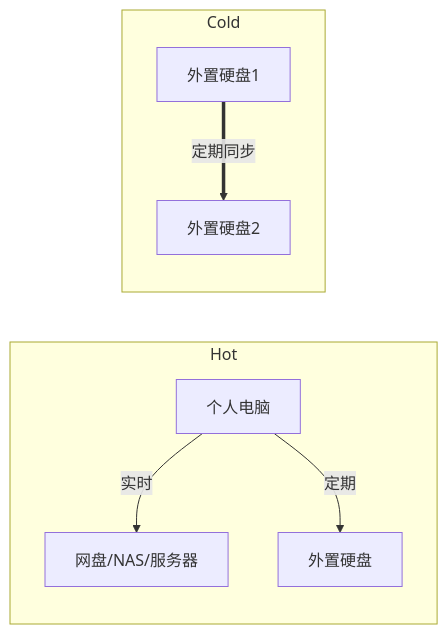
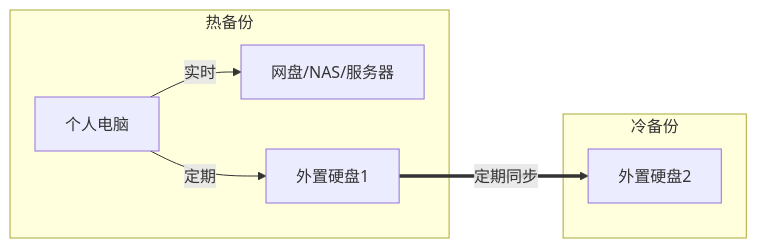
Before and after one commit to wow-yes/blog: the diagram in 04-软件使用/_posts/2019-11-01-如何保存自己的数据.md, drawn with Mermaid. The commit also changed 395 other files, not shown here.

````diff
--- a/04-软件使用/_posts/2019-11-01-如何保存自己的数据.md
+++ b/04-软件使用/_posts/2019-11-01-如何保存自己的数据.md
@@ -79,10 +79,10 @@
 ```mermaid
 graph LR
-    subgraph Hot;
+    subgraph 热备份;
     个人电脑 -->|实时| 网盘/NAS/服务器
-    个人电脑 -->|定期| 外置硬盘
+    个人电脑 -->|定期| 外置硬盘1
     end;
-    subgraph Cold;
+    subgraph 冷备份;
     外置硬盘1 ==>|定期同步| 外置硬盘2
     end;
 ```
````
